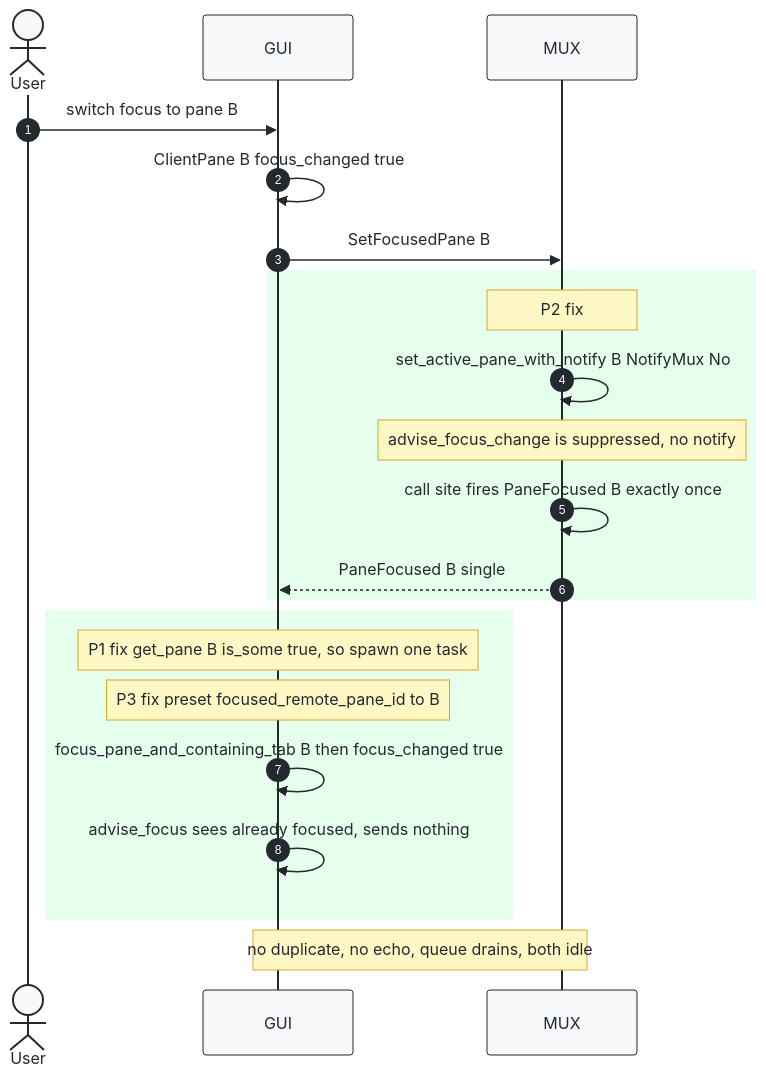
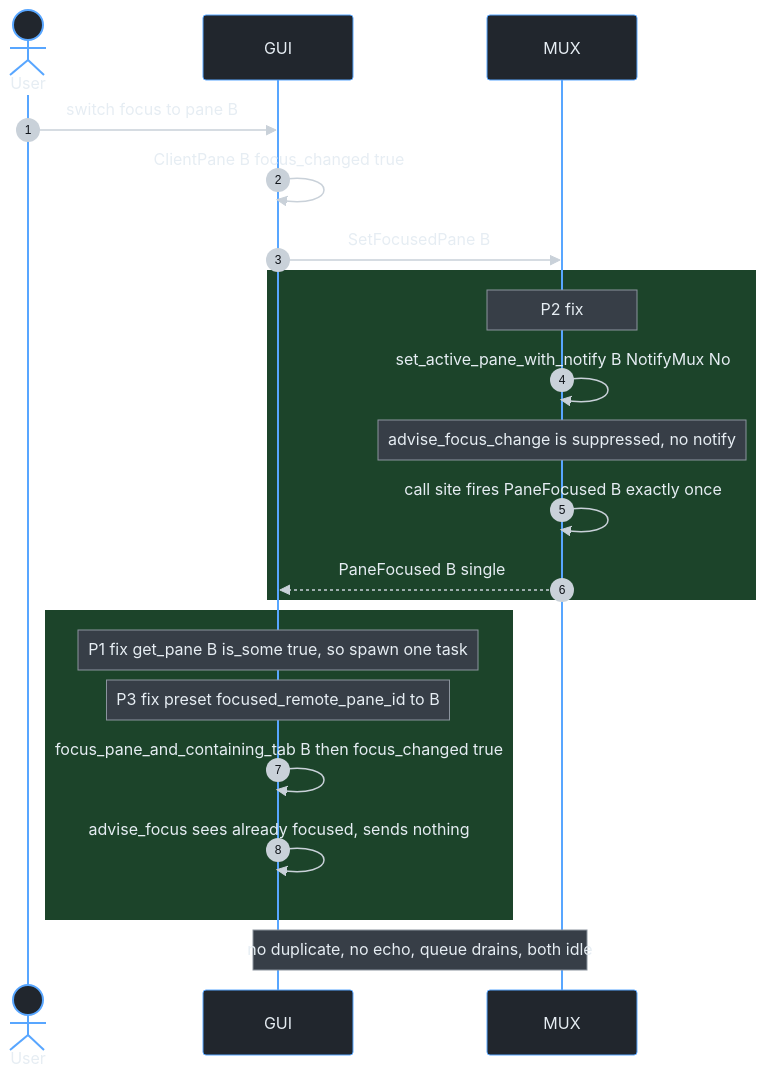
Before and after one commit to ankitson/wezterm: the third of 4 diagrams in investigations/sshmux-panefocused-storm/DIAGRAMS.md, drawn with Mermaid. The commit also changed other lines of this file, not shown here.

First line of the commit message:
docs: fix PaneFocused diagram colors for dark background

````diff
--- a/investigations/sshmux-panefocused-storm/DIAGRAMS.md
+++ b/investigations/sshmux-panefocused-storm/DIAGRAMS.md
@@ -97,26 +97,26 @@
 ```mermaid
-%%{init: {'theme':'base','themeVariables':{'background':'#ffffff','primaryColor':'#f6f8fa','primaryTextColor':'#24292f','primaryBorderColor':'#24292f','lineColor':'#24292f','actorBkg':'#f6f8fa','actorBorder':'#24292f','actorTextColor':'#24292f','signalColor':'#24292f','signalTextColor':'#24292f','noteBkgColor':'#fff8c5','noteTextColor':'#24292f','noteBorderColor':'#d4a72c','loopTextColor':'#24292f','labelBoxBkgColor':'#f6f8fa','labelTextColor':'#24292f','sequenceNumberColor':'#ffffff'}}}%%
+%%{init: {'theme':'base','themeVariables':{'background':'#0d1117','primaryColor':'#21262d','primaryTextColor':'#e6edf3','primaryBorderColor':'#58a6ff','lineColor':'#c9d1d9','actorBkg':'#21262d','actorBorder':'#58a6ff','actorTextColor':'#e6edf3','signalColor':'#c9d1d9','signalTextColor':'#e6edf3','noteBkgColor':'#373e47','noteTextColor':'#e6edf3','noteBorderColor':'#8b949e','loopTextColor':'#e6edf3','labelBoxBkgColor':'#21262d','labelTextColor':'#e6edf3','sequenceNumberColor':'#0d1117'}}}%%
 sequenceDiagram
     autonumber
     actor U as User
     participant G as GUI
     participant S as MUX
 
     U->>G: switch focus to pane B
     G->>G: ClientPane B focus_changed true
     G->>S: SetFocusedPane B
-    rect rgb(230,255,236)
+    rect rgb(28,68,42)
     Note over S: P2 fix
     S->>S: set_active_pane_with_notify B NotifyMux No
     Note over S: advise_focus_change is suppressed, no notify
     S->>S: call site fires PaneFocused B exactly once
     S-->>G: PaneFocused B single
     end
-    rect rgb(230,255,236)
+    rect rgb(28,68,42)
     Note over G: P1 fix get_pane B is_some true, so spawn one task
     Note over G: P3 fix preset focused_remote_pane_id to B
     G->>G: focus_pane_and_containing_tab B then focus_changed true
     G->>G: advise_focus sees already focused, sends nothing
     end
     Note over G,S: no duplicate, no echo, queue drains, both idle
 ```
````
